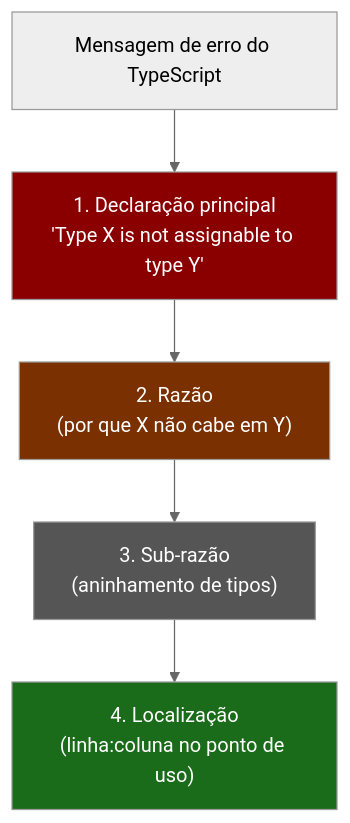
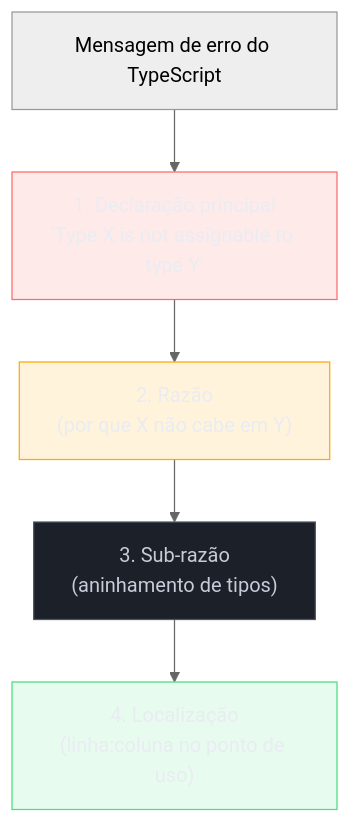
The second of 4 diagrams in 03-Dominios/Tecnologia/TypeScript/26 - Lendo o compilador - erros comuns e como decifrar mensagens.md (josenaldo/codex-technomanticus), drawn with Mermaid (neutral theme) before and after one commit. The commit also changed other lines of this file and 1181 other files, not shown here.

First line of the commit message:
fix(diagramas): paleta do sistema no lugar de cor cravada no markdown

````diff
--- a/03-Dominios/Tecnologia/TypeScript/26 - Lendo o compilador - erros comuns e como decifrar mensagens.md
+++ b/03-Dominios/Tecnologia/TypeScript/26 - Lendo o compilador - erros comuns e como decifrar mensagens.md
@@ -66,15 +68,19 @@
 ```mermaid
 flowchart TD
+    classDef falha fill:#FF6B6B24,stroke:#FF6B6B,color:#E9ECF2
+    classDef destaque fill:#FFAA0024,stroke:#FFAA00,color:#E9ECF2
+    classDef neutro fill:#1B2029,stroke:#4E5666,color:#C6CCD8
+    classDef ok fill:#4ADE8021,stroke:#4ADE80,color:#E9ECF2
     A["Mensagem de erro do TypeScript"]
     B["1. Declaração principal\n'Type X is not assignable to type Y'"]
     C["2. Razão\n(por que X não cabe em Y)"]
     D["3. Sub-razão\n(aninhamento de tipos)"]
     E["4. Localização\n(linha:coluna no ponto de uso)"]
 
     A --> B --> C --> D --> E
 
-    style B fill:#8a0000,color:#fff
-    style C fill:#7b3000,color:#fff
-    style D fill:#555,color:#fff
-    style E fill:#1a6b1a,color:#fff
+    class B falha
+    class C destaque
+    class D neutro
+    class E ok
 ```
````
